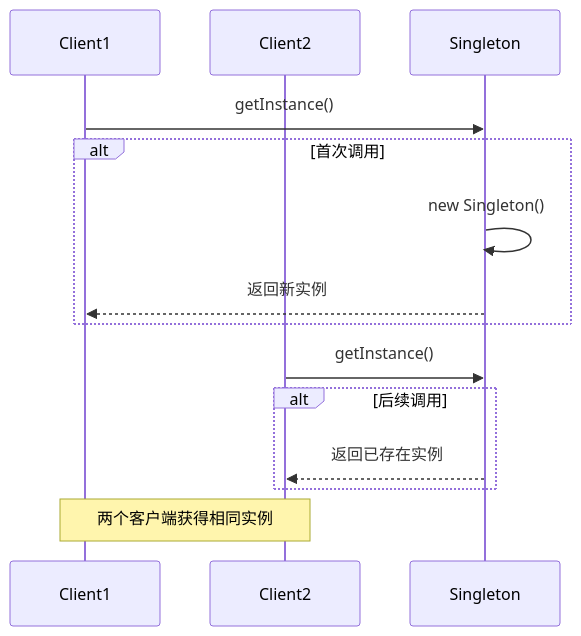
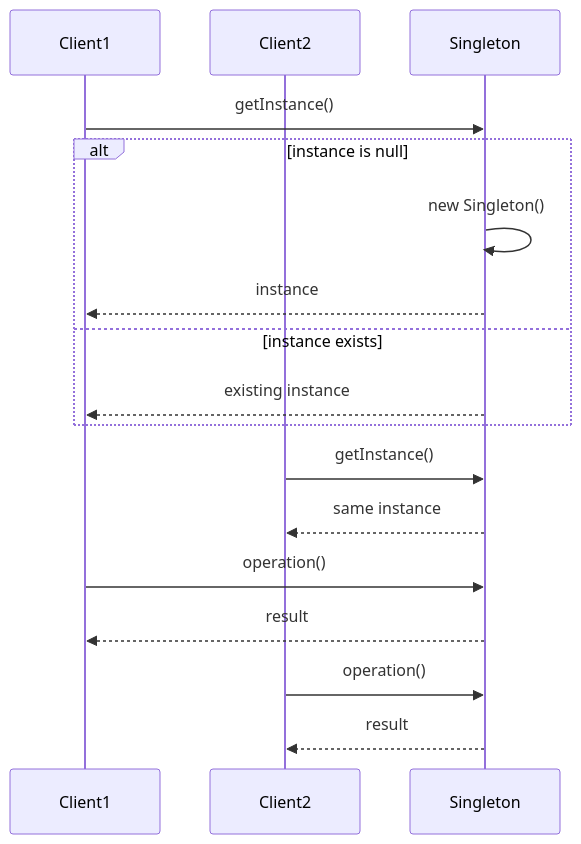
The second of 2 diagrams in resources/design-patterns/laravel/creational/singleton_zh.md (fanly/DesignPattern), drawn with Mermaid before and after one commit. The commit also changed other lines of this file and 103 other files, not shown here.

````diff
--- a/resources/design-patterns/laravel/creational/singleton_zh.md
+++ b/resources/design-patterns/laravel/creational/singleton_zh.md
@@ -60,19 +730,24 @@
 ```mermaid
 sequenceDiagram
     participant Client1
     participant Client2
     participant Singleton
     
     Client1->>Singleton: getInstance()
-    alt 首次调用
+    
+    alt instance is null
         Singleton->>Singleton: new Singleton()
-        Singleton-->>Client1: 返回新实例
+        Singleton-->>Client1: instance
+    else instance exists
+        Singleton-->>Client1: existing instance
     end
     
     Client2->>Singleton: getInstance()
-    alt 后续调用
-        Singleton-->>Client2: 返回已存在实例
-    end
+    Singleton-->>Client2: same instance
     
-    Note over Client1,Client2: 两个客户端获得相同实例
+    Client1->>Singleton: operation()
+    Singleton-->>Client1: result
+    
+    Client2->>Singleton: operation()
+    Singleton-->>Client2: result
 ```
````
